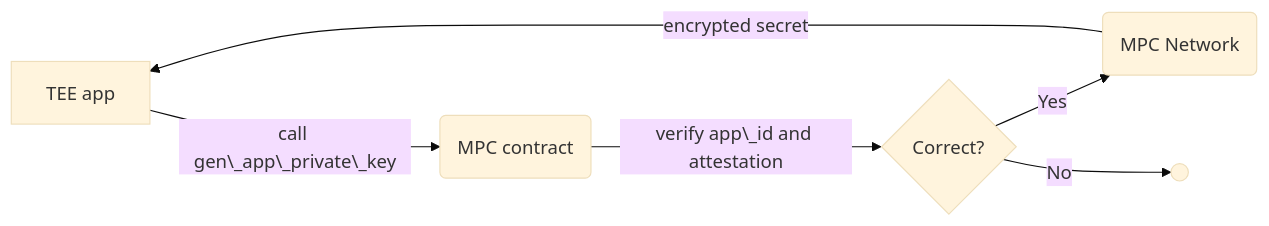
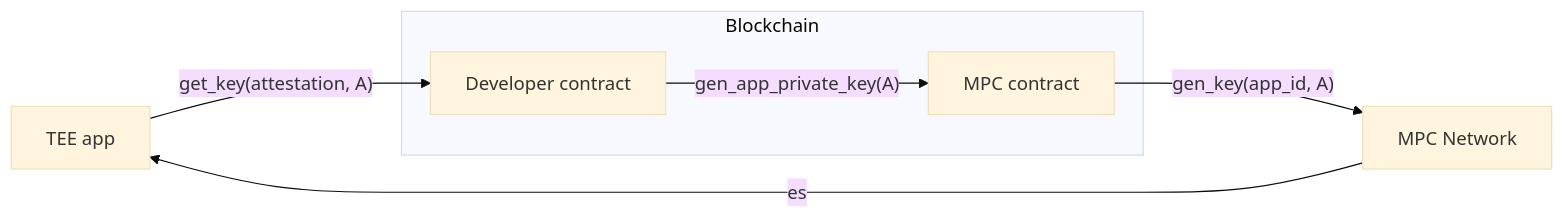
Before and after one commit to near/threshold-signatures: the diagram in docs/confidential_key_derivation.md, drawn with Mermaid (base theme). The commit also changed other lines of this file, not shown here.

````diff
--- a/docs/confidential_key_derivation.md
+++ b/docs/confidential_key_derivation.md
@@ -40,8 +37,10 @@
 ```mermaid
 flowchart LR
-    A[TEE app] -->|call gen\_app\_private\_key| B(MPC contract)
-    B -->|verify app\_id and attestation| C{Correct?}
-    C -->|Yes| D(MPC Network)
-    C -->|No| E(( ))
-    D -->|encrypted secret| A
+    TEEapp[TEE app] -->|"`get_key(attestation, A)`"| DevC[Developer contract]
+    subgraph Blockchain
+    DevC -->|"`gen\_app\_private\_key(A)`"| MPCC[MPC contract]
+    end
+    MPCC -->|"`gen\_key(app_id, A)`"| MPCN[MPC Network]
+    MPCN -->|"`es`"| TEEapp
+
 ```
````
